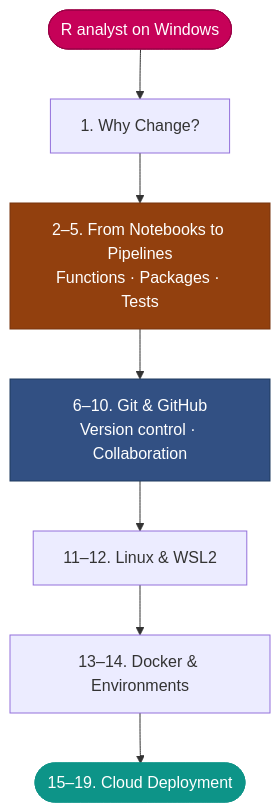
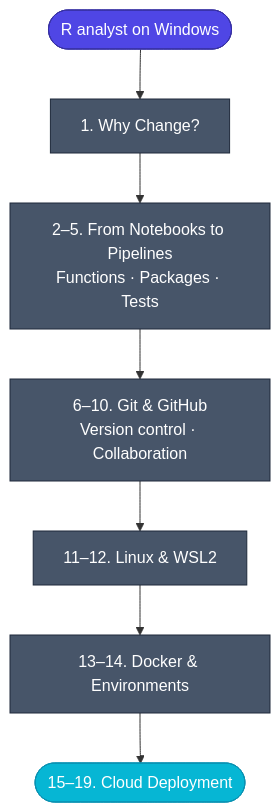
One commit to Ch3w3y/docker_gcp changed the second of 2 diagrams in docs/index.md. Above: the diagram before and after it, drawn with Mermaid. The commit also changed other lines of this file and 12 other files, not shown here.

````diff
--- a/docs/index.md
+++ b/docs/index.md
@@ -59,17 +59,20 @@
 ```mermaid
 flowchart TD
     START(["R analyst on Windows"])
     A["1. Why Change?"]
     B["2–5. From Notebooks to Pipelines<br/>Functions · Packages · Tests"]
     C["6–10. Git & GitHub<br/>Version control · Collaboration"]
     D["11–12. Linux & WSL2"]
     E["13–14. Docker & Environments"]
     F(["15–19. Cloud Deployment"])
 
     START --> A --> B --> C --> D --> E --> F
 
-    style START fill:#c60158,stroke:#9b0146,color:#ffffff
-    style B fill:#92400e,stroke:#78350f,color:#ffffff
-    style C fill:#325083,stroke:#1e3a5f,color:#ffffff
-    style F fill:#0d9488,color:#ffffff,stroke:#0d9488
+    style START fill:#4f46e5,stroke:#3730a3,color:#ffffff
+    style A fill:#475569,stroke:#1e293b,color:#ffffff
+    style B fill:#475569,stroke:#1e293b,color:#ffffff
+    style C fill:#475569,stroke:#1e293b,color:#ffffff
+    style D fill:#475569,stroke:#1e293b,color:#ffffff
+    style E fill:#475569,stroke:#1e293b,color:#ffffff
+    style F fill:#06b6d4,stroke:#0891b2,color:#ffffff
 ```
````
